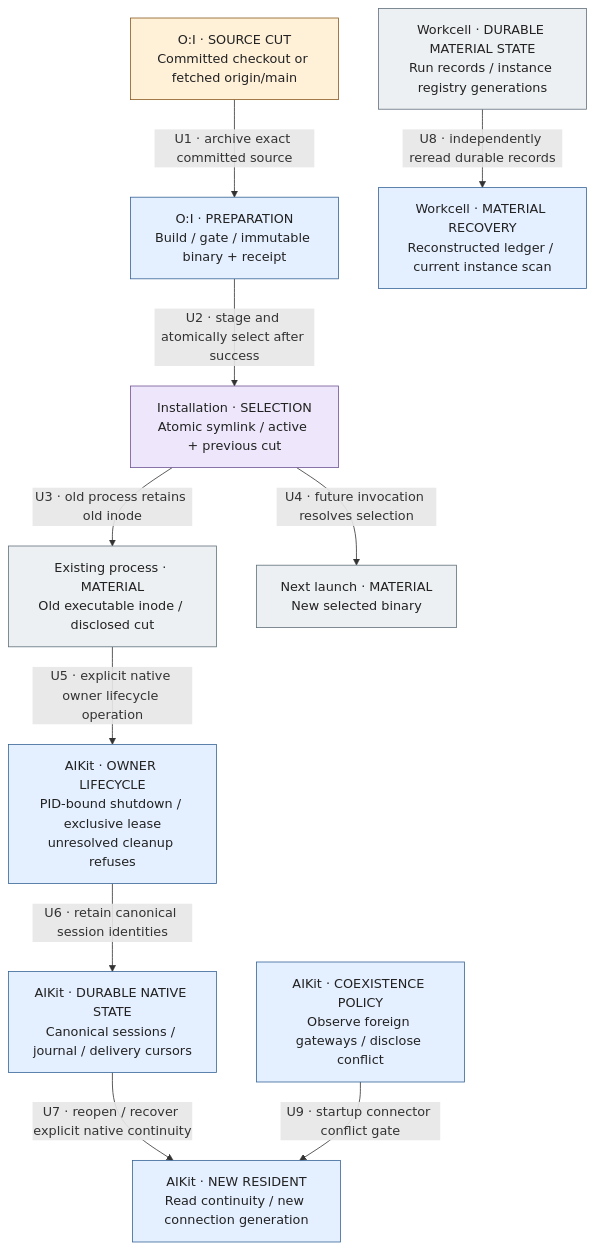
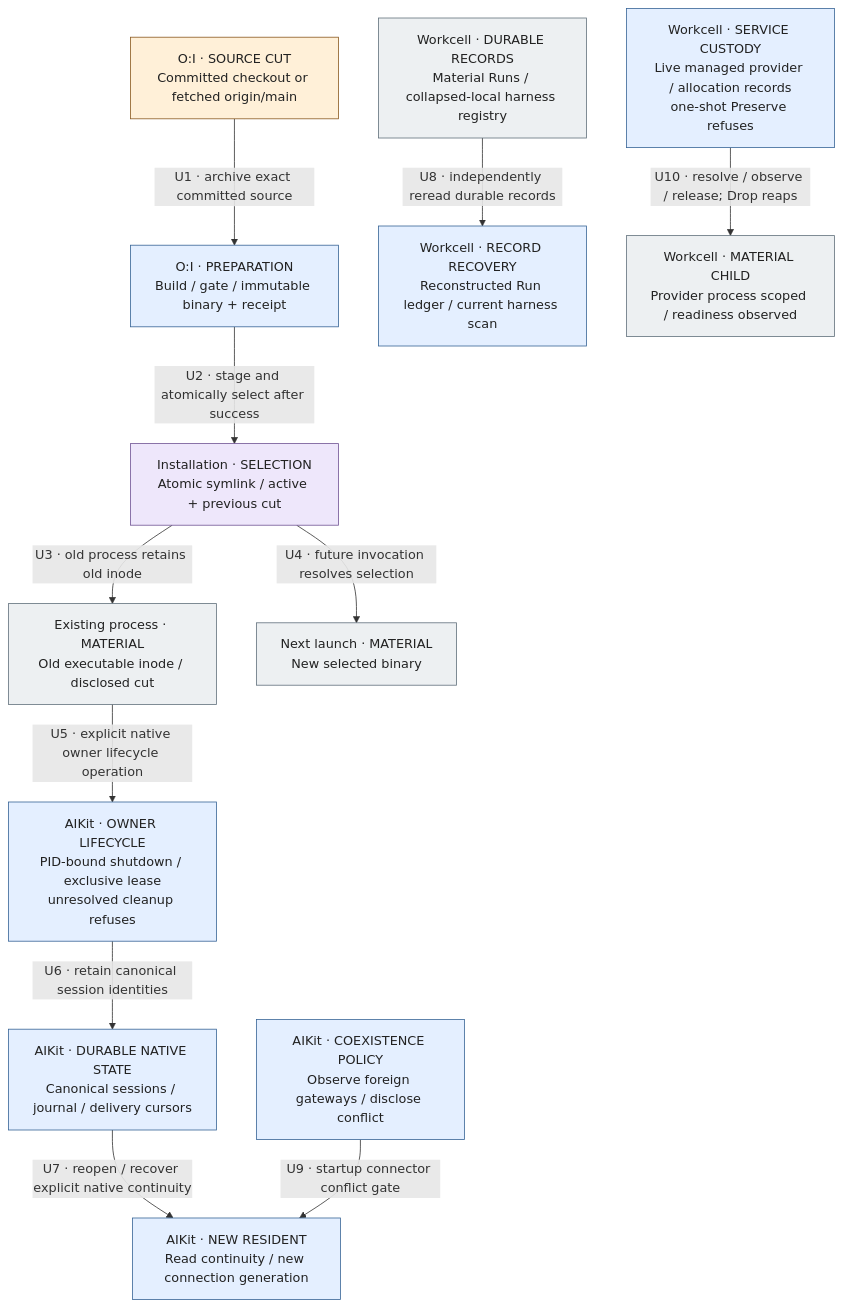
Before and after one commit to EpiLogos/O-I: the diagram in docs/architecture/upgrade-lifecycle.mmd, drawn with Mermaid. The commit also changed 10 other files, not shown here.

Commit message:
docs: complete native architecture navigation and source provenance

```diff
--- a/docs/architecture/upgrade-lifecycle.mmd
+++ b/docs/architecture/upgrade-lifecycle.mmd
@@ -1,34 +1,37 @@
 %% source_id: oi:architecture:upgrade-lifecycle
 %% visual_question: How do installation, gateway processes and sessions survive an upgrade?
 %% companion_doc: upgrade-lifecycle.md
-%% revision: 2026-09-30
-%% provenance: relations.json U1-U9; source-basis.json; install cut is not resident process cut
+%% revision: 2026-10-01
+%% provenance: relations.json U1-U10; source-basis.json; install cut is not resident process cut
 flowchart TB
   cuts["O:I · SOURCE CUT<br/>Committed checkout or fetched origin/main"]
   binary["O:I · PREPARATION<br/>Build / gate / immutable binary + receipt"]
   pointer["Installation · SELECTION<br/>Atomic symlink / active + previous cut"]
   old["Existing process · MATERIAL<br/>Old executable inode / disclosed cut"]
   next["Next launch · MATERIAL<br/>New selected binary"]
   lifecycle["AIKit · OWNER LIFECYCLE<br/>PID-bound shutdown / exclusive lease<br/>unresolved cleanup refuses"]
   sessions["AIKit · DURABLE NATIVE STATE<br/>Canonical sessions / journal / delivery cursors"]
   renewed["AIKit · NEW RESIDENT<br/>Read continuity / new connection generation"]
-  material["Workcell · DURABLE MATERIAL STATE<br/>Run records / instance registry generations"]
-  recovery["Workcell · MATERIAL RECOVERY<br/>Reconstructed ledger / current instance scan"]
+  material["Workcell · DURABLE RECORDS<br/>Material Runs / collapsed-local harness registry"]
+  recovery["Workcell · RECORD RECOVERY<br/>Reconstructed Run ledger / current harness scan"]
+  service_provider["Workcell · SERVICE CUSTODY<br/>Live managed provider / allocation records<br/>one-shot Preserve refuses"]
+  service_child["Workcell · MATERIAL CHILD<br/>Provider process scoped / readiness observed"]
   coexist["AIKit · COEXISTENCE POLICY<br/>Observe foreign gateways / disclose conflict"]
   cuts -->|"U1 · archive exact committed source"| binary
   binary -->|"U2 · stage and atomically select after success"| pointer
   pointer -->|"U3 · old process retains old inode"| old
   pointer -->|"U4 · future invocation resolves selection"| next
   old -->|"U5 · explicit native owner lifecycle operation"| lifecycle
   lifecycle -->|"U6 · retain canonical session identities"| sessions
   sessions -->|"U7 · reopen / recover explicit native continuity"| renewed
   material -->|"U8 · independently reread durable records"| recovery
   coexist -->|"U9 · startup connector conflict gate"| renewed
+  service_provider -->|"U10 · resolve / observe / release; Drop reaps"| service_child
   classDef authority fill:#fff0d8,stroke:#8a5a20,color:#222;
   classDef native fill:#e4efff,stroke:#376496,color:#222;
   classDef derived fill:#eee7fb,stroke:#705494,color:#222;
   classDef material fill:#edf0f2,stroke:#62717c,color:#222;
   class cuts authority;
-  class binary,lifecycle,sessions,renewed,coexist,recovery native;
+  class binary,lifecycle,sessions,renewed,coexist,recovery,service_provider native;
   class pointer derived;
-  class old,next,material material;
+  class old,next,material,service_child material;
```
